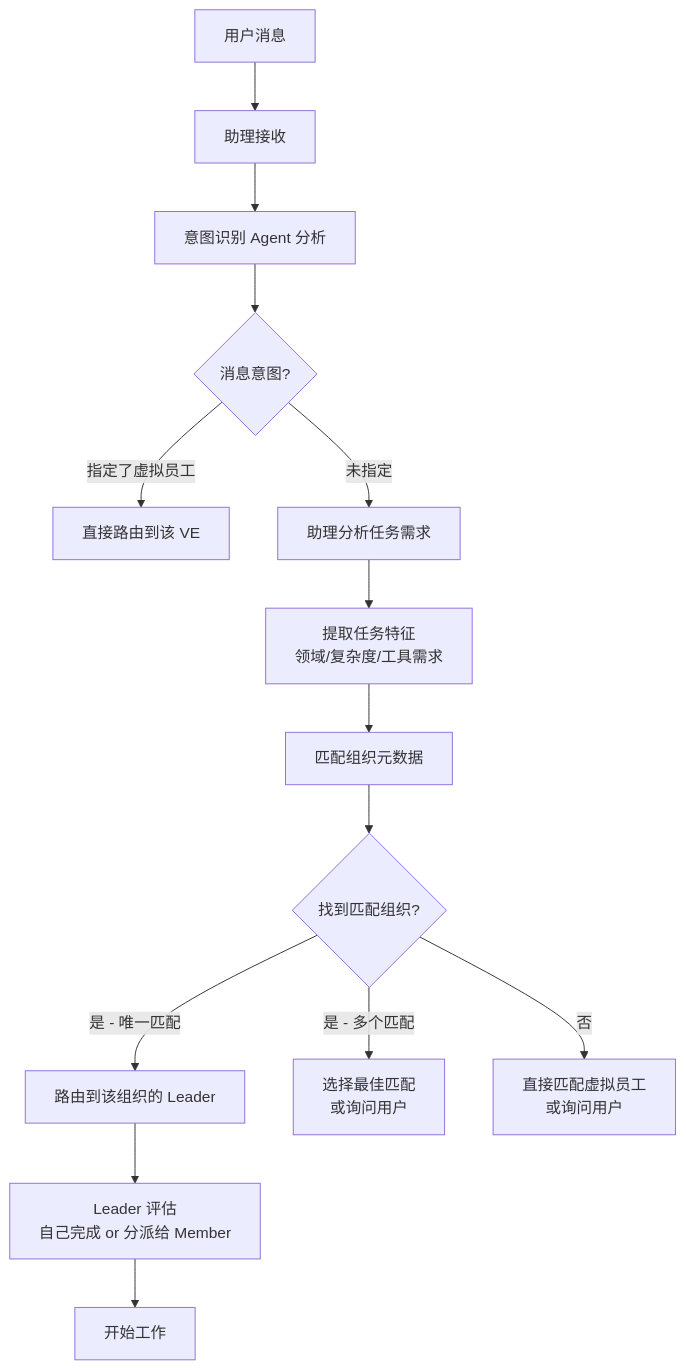
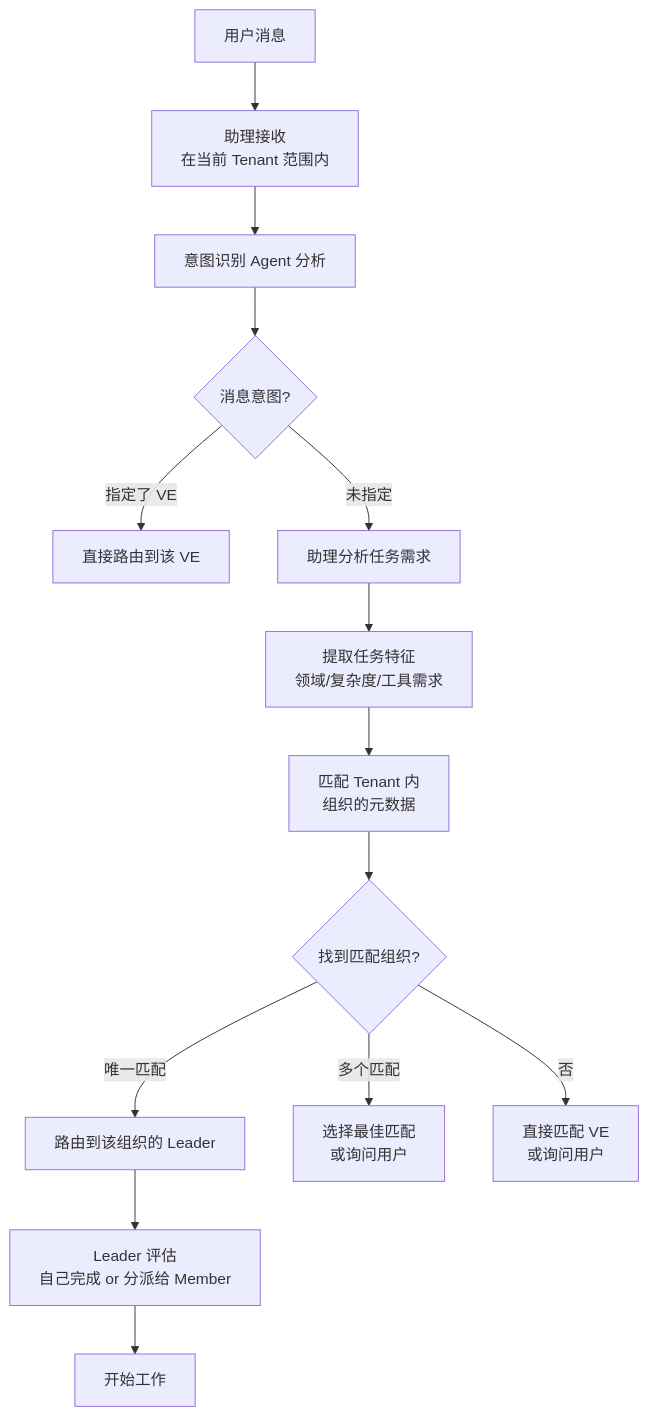
One commit to chongyi/virtual-team-architecture changed the third of 3 diagrams in virtual-team/src/10-tenant-and-org-model.md. Above: the diagram before and after it, drawn with Mermaid. The commit also changed other lines of this file and 10 other files, not shown here.

````diff
--- a/virtual-team/src/10-tenant-and-org-model.md
+++ b/virtual-team/src/10-tenant-and-org-model.md
@@ -180,20 +283,20 @@
 ```mermaid
 flowchart TD
-    A[用户消息] --> B[助理接收]
+    A[用户消息] --> B[助理接收<br/>在当前 Tenant 范围内]
     B --> C[意图识别 Agent 分析]
     C --> D{消息意图?}
 
-    D -->|指定了虚拟员工| E[直接路由到该 VE]
+    D -->|指定了 VE| E[直接路由到该 VE]
     D -->|未指定| F[助理分析任务需求]
 
     F --> G[提取任务特征<br/>领域/复杂度/工具需求]
-    G --> H[匹配组织元数据]
+    G --> H[匹配 Tenant 内<br/>组织的元数据]
     H --> I{找到匹配组织?}
 
-    I -->|是 - 唯一匹配| J[路由到该组织的 Leader]
-    I -->|是 - 多个匹配| K[选择最佳匹配<br/>或询问用户]
-    I -->|否| L[直接匹配虚拟员工<br/>或询问用户]
+    I -->|唯一匹配| J[路由到该组织的 Leader]
+    I -->|多个匹配| K[选择最佳匹配<br/>或询问用户]
+    I -->|否| L[直接匹配 VE<br/>或询问用户]
 
     J --> M[Leader 评估<br/>自己完成 or 分派给 Member]
     M --> N[开始工作]
 ```
````
